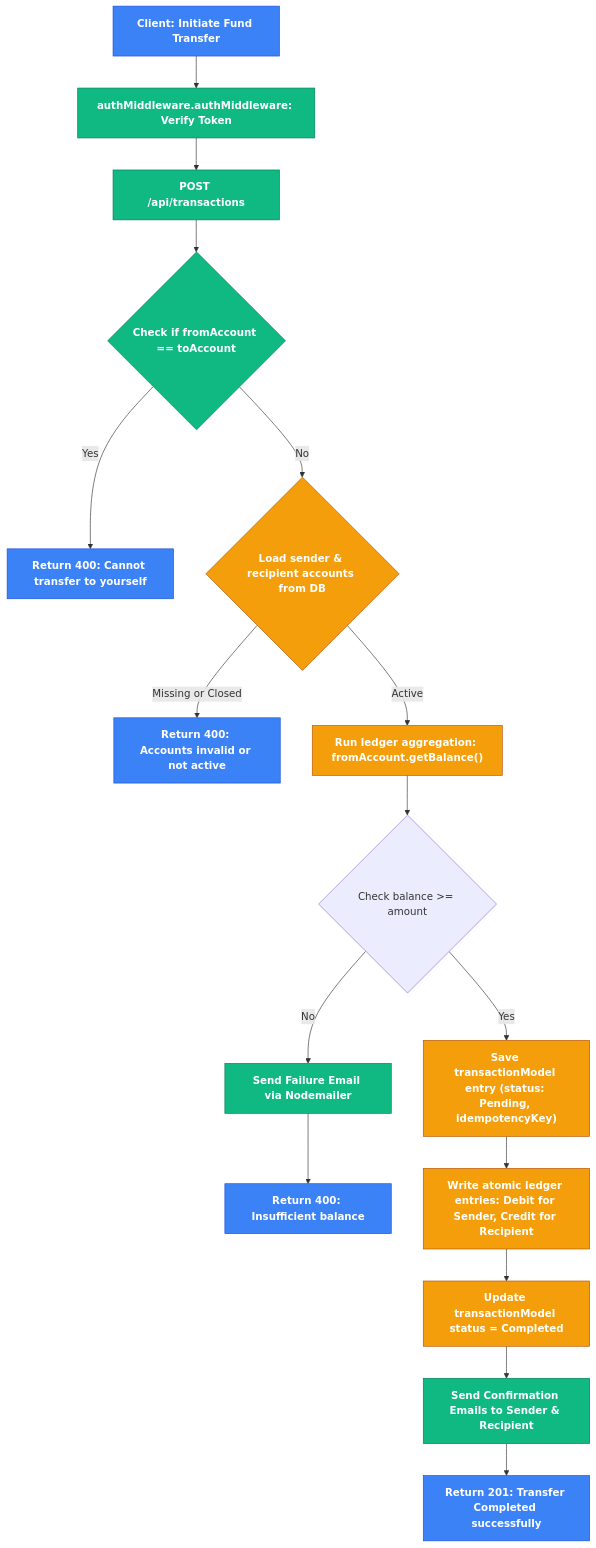
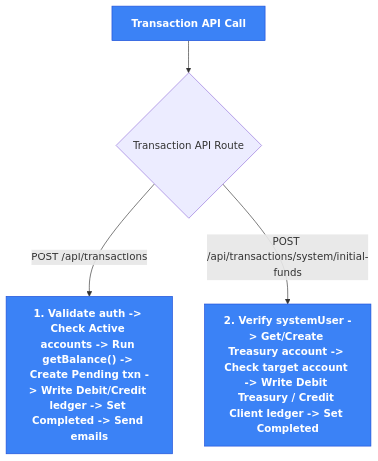
One commit to nihar5776/Banking-System changed the fourth of 5 diagrams in README.md. Above: the diagram before and after it, drawn with Mermaid. The commit also changed other lines of this file, not shown here.

Commit message:
docs: detail explicit step-by-step execution workflows for all 14 backend API endpoints in README

````diff
--- a/README.md
+++ b/README.md
@@ -365,28 +343,13 @@
 ```mermaid
 graph TD
     classDef client fill:#3b82f6,stroke:#1d4ed8,color:#fff,font-weight:bold;
     classDef server fill:#10b981,stroke:#047857,color:#fff,font-weight:bold;
     classDef db fill:#f59e0b,stroke:#b45309,color:#fff,font-weight:bold;
+
+    Start["Transaction API Call"] --> TxnRoute{Transaction API Route}
     
-    Start["Client: Initiate Fund Transfer"] --> Guard["authMiddleware.authMiddleware: Verify Token"]:::server
-    Guard --> POST_Txn["POST /api/transactions"]:::server
-    POST_Txn --> CheckSelf{"Check if fromAccount == toAccount"}:::server
-    CheckSelf -->|Yes| FailSelf["Return 400: Cannot transfer to yourself"]:::server
-    CheckSelf -->|No| FindAccounts{"Load sender & recipient accounts from DB"}:::db
-    
-    FindAccounts -->|Missing or Closed| FailStatus["Return 400: Accounts invalid or not active"]:::server
-    FindAccounts -->|Active| CalcBalance["Run ledger aggregation: fromAccount.getBalance()"]:::db
-    
-    CalcBalance --> CompareFunds{"Check balance >= amount"}
-    CompareFunds -->|No| SendFailEmail["Send Failure Email via Nodemailer"]:::server
-    SendFailEmail --> FailBalance["Return 400: Insufficient balance"]:::server
-    
-    CompareFunds -->|Yes| CreateTxn["Save transactionModel entry (status: Pending, idempotencyKey)"]:::db
-    CreateTxn --> WriteLedger["Write atomic ledger entries: Debit for Sender, Credit for Recipient"]:::db
-    
-    WriteLedger --> CompleteTxn["Update transactionModel status = Completed"]:::db
-    CompleteTxn --> SendSuccessEmails["Send Confirmation Emails to Sender & Recipient"]:::server
-    SendSuccessEmails --> TxnSuccess["Return 201: Transfer Completed successfully"]:::server
+    TxnRoute -->|POST /api/transactions| Transfer["1. Validate auth -> Check Active accounts -> Run getBalance() -> Create Pending txn -> Write Debit/Credit ledger -> Set Completed -> Send emails"]:::server
+    TxnRoute -->|POST /api/transactions/system/initial-funds| Disburse["2. Verify systemUser -> Get/Create Treasury account -> Check target account -> Write Debit Treasury / Credit Client ledger -> Set Completed"]:::server
 
-    class Start,FailSelf,FailStatus,FailBalance,TxnSuccess client;
+    class Start,Transfer,Disburse client;
 ```
````
